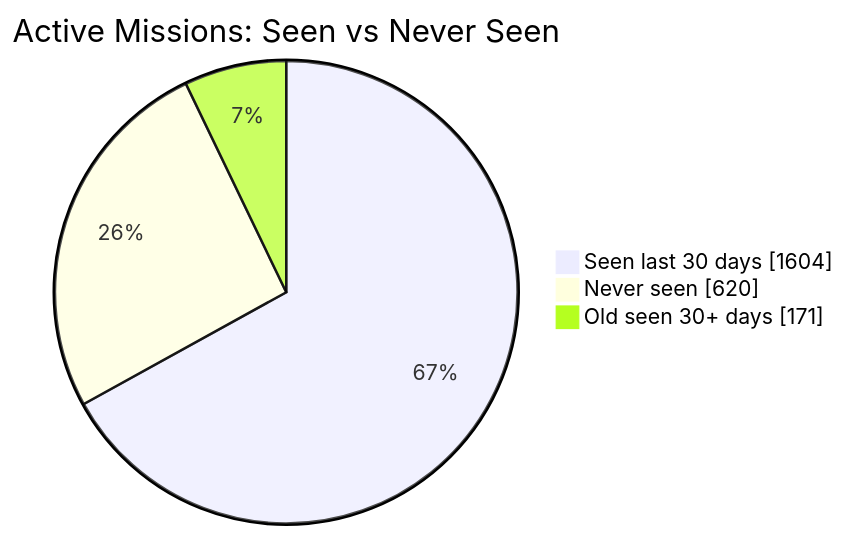
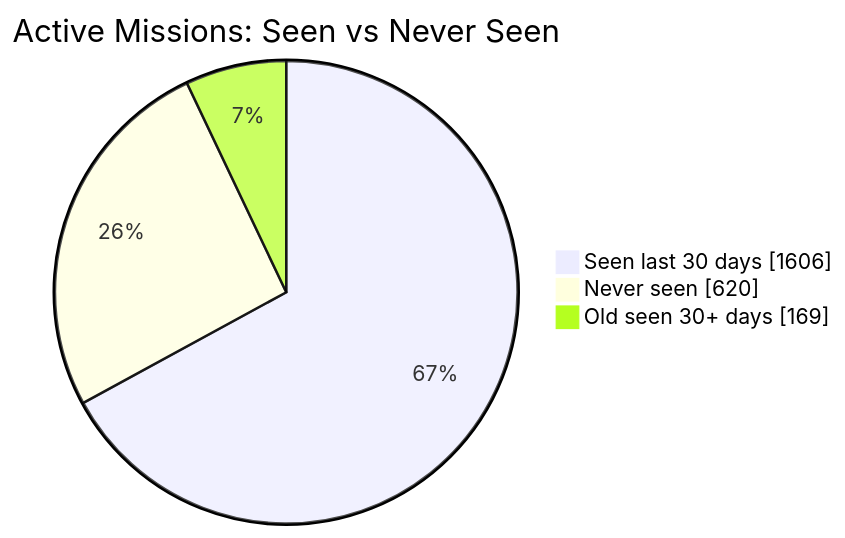
The first of 2 diagrams in README.md (MeldkamerspelGameTeam/active-missions), drawn with Mermaid before and after one commit. The commit also changed other lines of this file and 3 other files, not shown here.

````diff
--- a/README.md
+++ b/README.md
@@ -34,7 +34,7 @@
 ```mermaid
 pie showData
     title Active Missions: Seen vs Never Seen
-    "Seen last 30 days" : 1604
+    "Seen last 30 days" : 1606
     "Never seen" : 620
-    "Old seen 30+ days" : 171
+    "Old seen 30+ days" : 169
 ```
````
